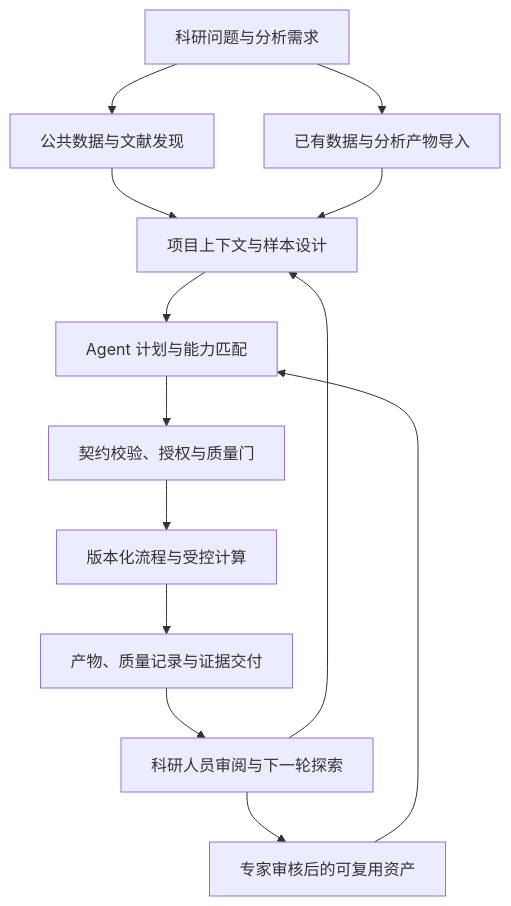
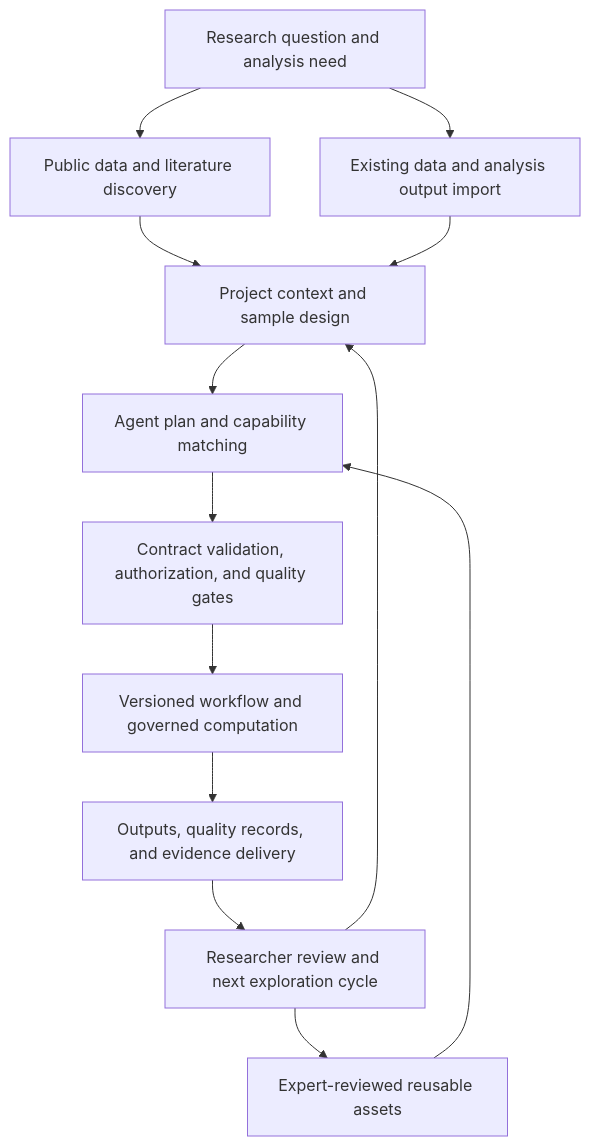
The first of 2 diagrams in README.md (CygnusX-Labs/CygnusX), drawn with Mermaid before and after one commit. The commit also changed other lines of this file and 1690 other files, not shown here.

````diff
--- a/README.md
+++ b/README.md
@@ -58,15 +59,15 @@
 ```mermaid
 flowchart TD
-    Q["科研问题与分析需求"] --> D["公共数据与文献发现"]
-    Q --> I["已有数据与分析产物导入"]
-    D --> P["项目上下文与样本设计"]
+    Q["Research question and analysis need"] --> D["Public data and literature discovery"]
+    Q --> I["Existing data and analysis output import"]
+    D --> P["Project context and sample design"]
     I --> P
-    P --> A["Agent 计划与能力匹配"]
-    A --> G["契约校验、授权与质量门"]
-    G --> F["版本化流程与受控计算"]
-    F --> E["产物、质量记录与证据交付"]
-    E --> H["科研人员审阅与下一轮探索"]
+    P --> A["Agent plan and capability matching"]
+    A --> G["Contract validation, authorization, and quality gates"]
+    G --> F["Versioned workflow and governed computation"]
+    F --> E["Outputs, quality records, and evidence delivery"]
+    E --> H["Researcher review and next exploration cycle"]
     H --> P
-    H --> K["专家审核后的可复用资产"]
+    H --> K["Expert-reviewed reusable assets"]
     K --> A
 ```
````
